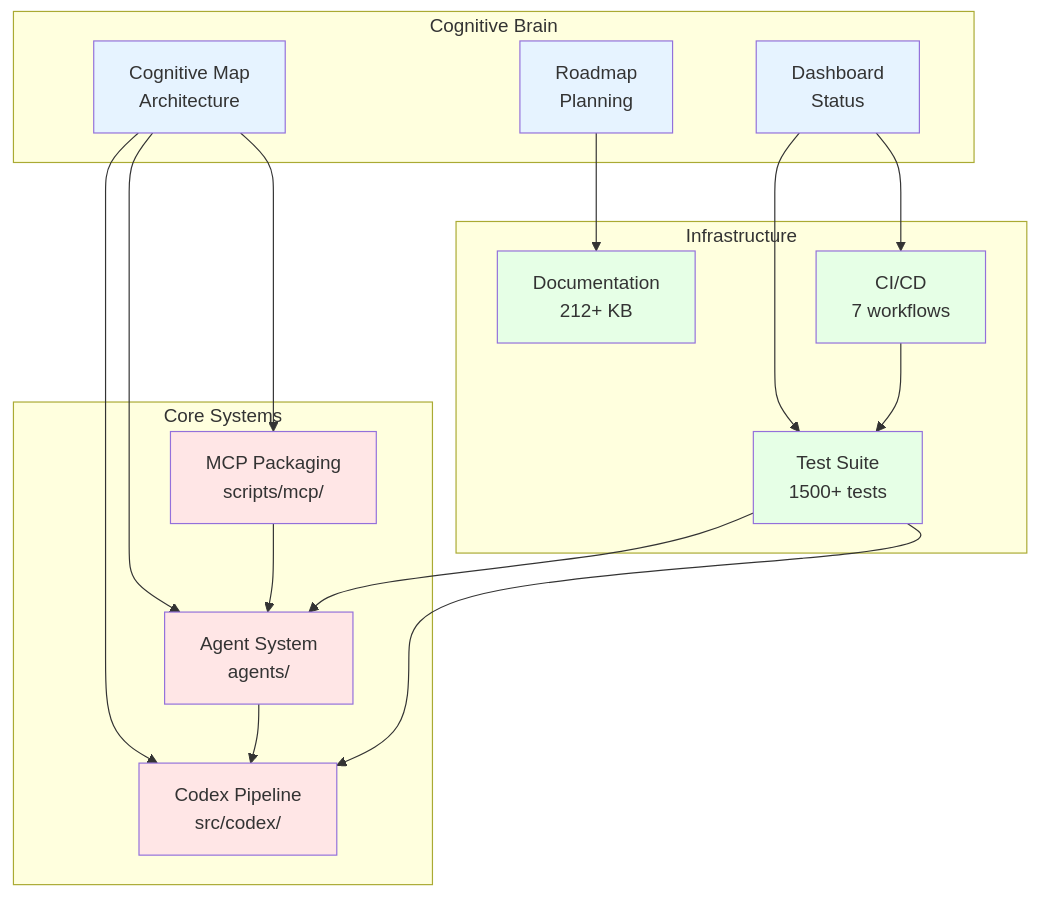
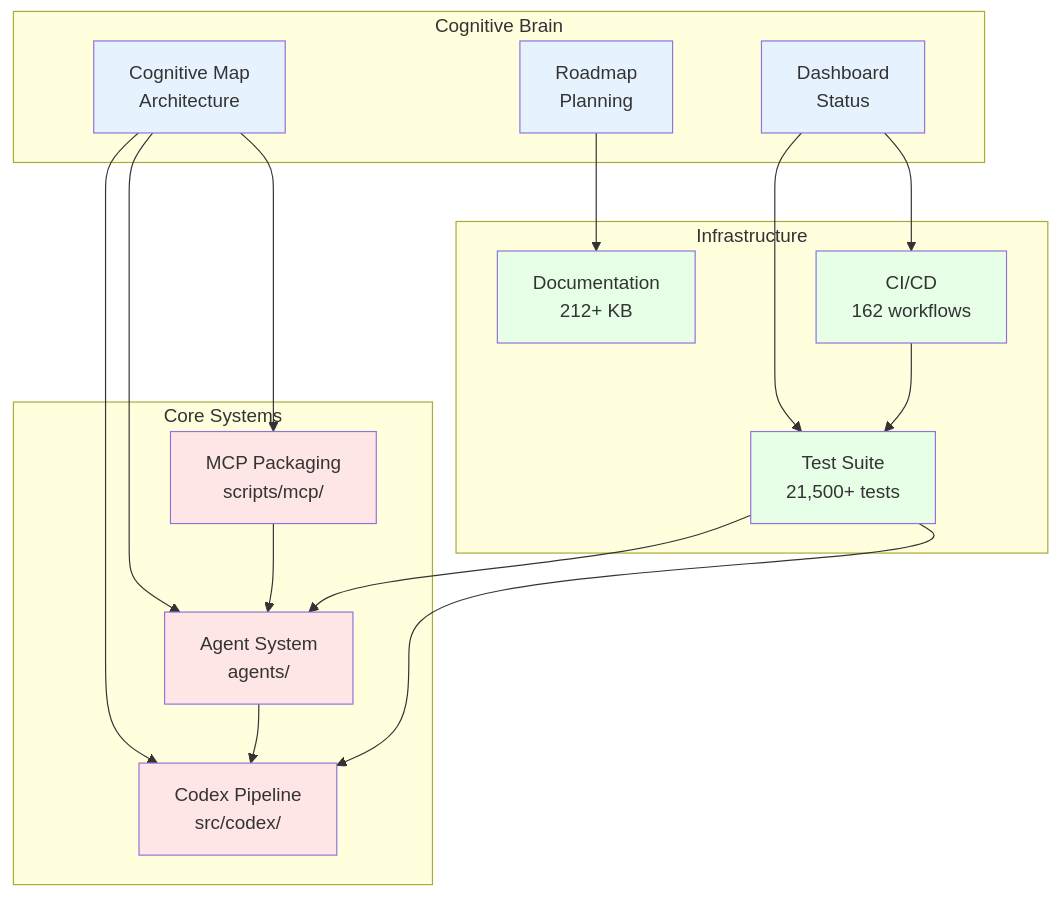
The second of 4 diagrams in docs/maintenance/DIAGRAM_UPDATE_SYSTEM.md (Aries-Serpent/_codex_), drawn with Mermaid before and after one commit. The commit also changed other lines of this file and 12 other files, not shown here.

First line of the commit message:
docs: update stale stats in priority-1 architecture and diagram files

````diff
--- a/docs/maintenance/DIAGRAM_UPDATE_SYSTEM.md
+++ b/docs/maintenance/DIAGRAM_UPDATE_SYSTEM.md
@@ -92,43 +92,43 @@
 ```mermaid
 graph TB
     subgraph "Cognitive Brain"
         CB_MAP[Cognitive Map<br/>Architecture]
         CB_DASH[Dashboard<br/>Status]
         CB_ROAD[Roadmap<br/>Planning]
     end
 
     subgraph "Core Systems"
         CODEX[Codex Pipeline<br/>src/codex/]
         AGENTS[Agent System<br/>agents/]
         MCP[MCP Packaging<br/>scripts/mcp/]
     end
 
     subgraph "Infrastructure"
-        TESTS[Test Suite<br/>1500+ tests]
+        TESTS[Test Suite<br/>21,500+ tests]
         DOCS[Documentation<br/>212+ KB]
-        CI[CI/CD<br/>7 workflows]
+        CI[CI/CD<br/>162 workflows]
     end
 
     CB_MAP --> CODEX
     CB_MAP --> AGENTS
     CB_MAP --> MCP
     CB_DASH --> TESTS
     CB_DASH --> CI
     CB_ROAD --> DOCS
 
     AGENTS --> CODEX
     MCP --> AGENTS
     TESTS --> CODEX
     TESTS --> AGENTS
     CI --> TESTS
 
     style CB_MAP fill:#E6F3FF
     style CB_DASH fill:#E6F3FF
     style CB_ROAD fill:#E6F3FF
     style CODEX fill:#FFE6E6
     style AGENTS fill:#FFE6E6
     style MCP fill:#FFE6E6
     style TESTS fill:#E6FFE6
     style DOCS fill:#E6FFE6
     style CI fill:#E6FFE6
 ```
````
